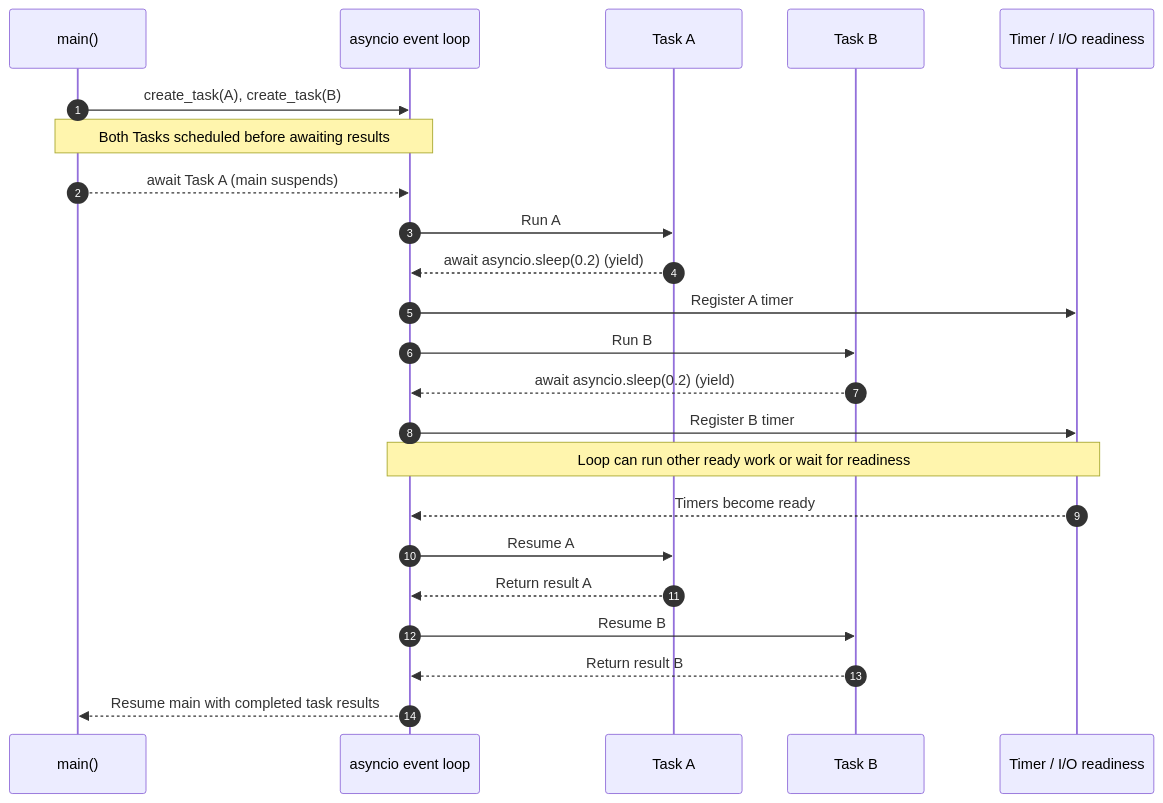
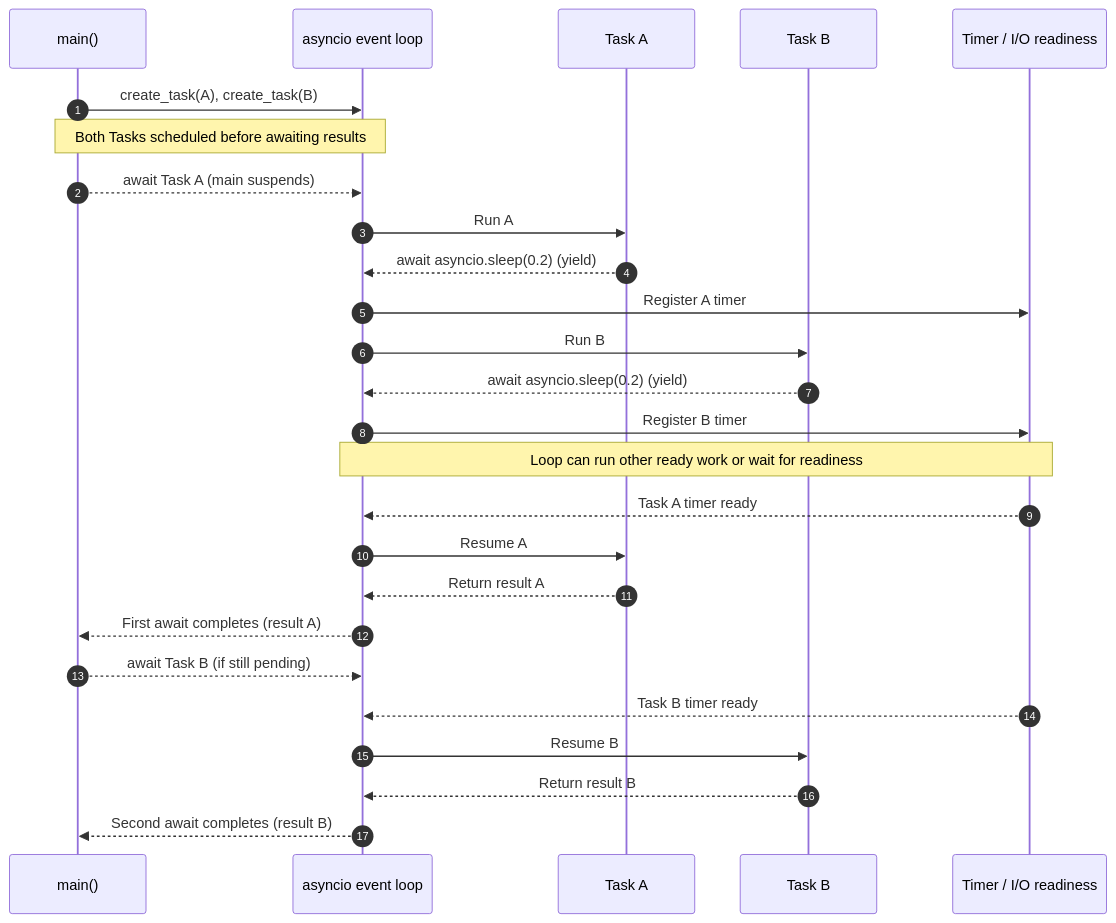
One commit to pirocorp/Core-Python changed the third of 3 diagrams in 02. Threads, Processes and Async IO/README.md. Above: the diagram before and after it, drawn with Mermaid.

Commit message:
docs(lesson 02): show sequential awaits correctly in concurrent task sequence diagram

````diff
--- a/02. Threads, Processes and Async IO/README.md
+++ b/02. Threads, Processes and Async IO/README.md
@@ -480,26 +480,29 @@
 ```mermaid
 sequenceDiagram
     autonumber
     participant M as main()
     participant L as asyncio event loop
     participant A as Task A
     participant B as Task B
     participant T as Timer / I/O readiness
 
     M->>L: create_task(A), create_task(B)
     Note over M,L: Both Tasks scheduled before awaiting results
     M-->>L: await Task A (main suspends)
     L->>A: Run A
     A-->>L: await asyncio.sleep(0.2) (yield)
     L->>T: Register A timer
     L->>B: Run B
     B-->>L: await asyncio.sleep(0.2) (yield)
     L->>T: Register B timer
     Note over L,T: Loop can run other ready work or wait for readiness
-    T-->>L: Timers become ready
+    T-->>L: Task A timer ready
     L->>A: Resume A
     A-->>L: Return result A
+    L-->>M: First await completes (result A)
+    M-->>L: await Task B (if still pending)
+    T-->>L: Task B timer ready
     L->>B: Resume B
     B-->>L: Return result B
-    L-->>M: Resume main with completed task results
+    L-->>M: Second await completes (result B)
 ```
````
